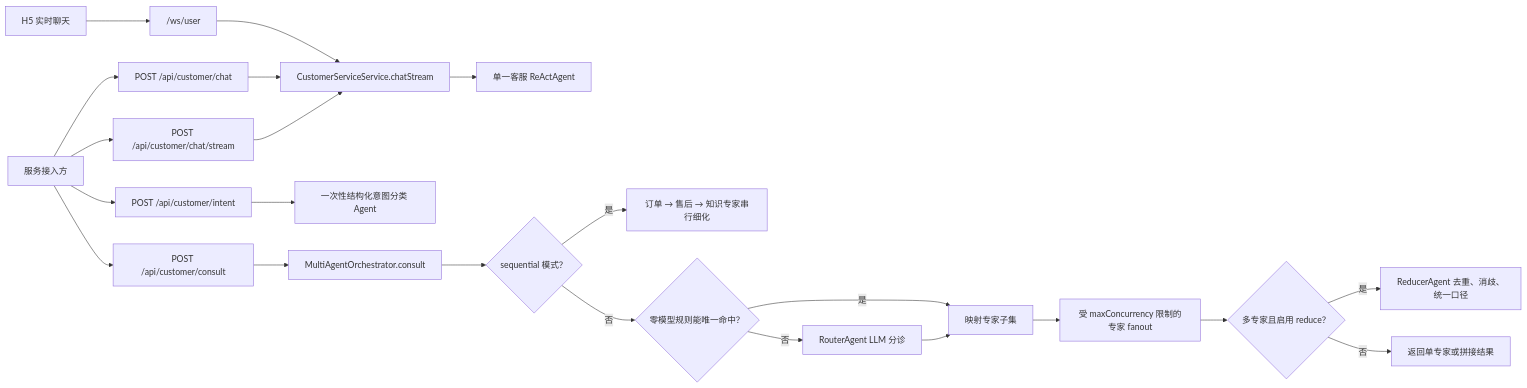
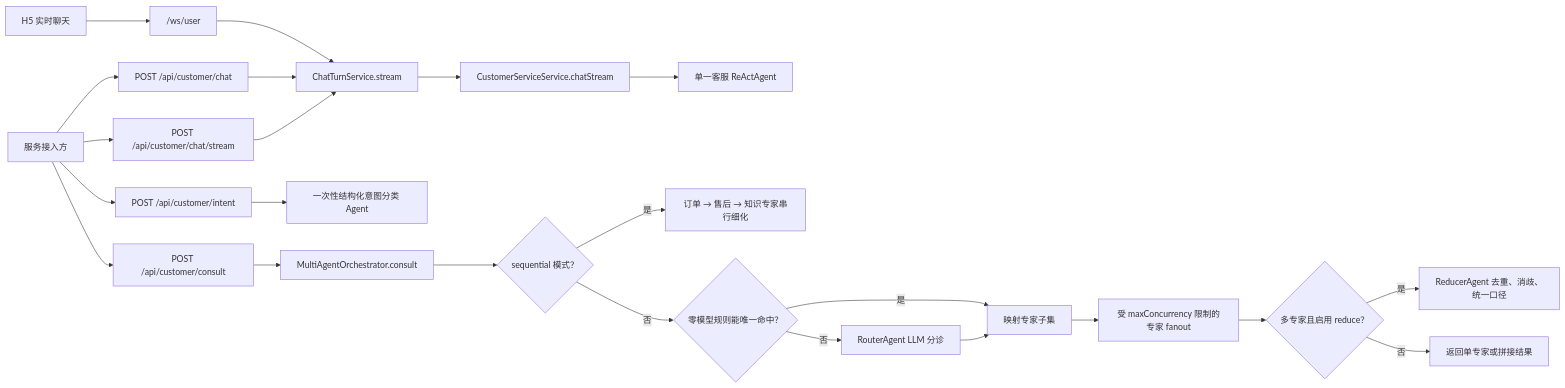
Before and after one commit to liulangjietou/customer_work: the third of 7 diagrams in README.md, drawn with Mermaid. The commit also changed other lines of this file and 2 other files, not shown here.

Commit message:
docs: 更新项目全景架构图与 README

````diff
--- a/README.md
+++ b/README.md
@@ -198,23 +241,23 @@
 ```mermaid
 flowchart LR
-    H5["H5 实时聊天"] --> WS["/ws/user"] --> MAIN["CustomerServiceService.chatStream"] --> SINGLE["单一客服 ReActAgent"]
+    H5["H5 实时聊天"] --> WS["/ws/user"] --> TURN["ChatTurnService.stream"] --> MAIN["CustomerServiceService.chatStream"] --> SINGLE["单一客服 ReActAgent"]
 
     CALLER["服务接入方"] --> CHAT["POST /api/customer/chat"]
     CALLER --> SSE["POST /api/customer/chat/stream"]
     CALLER --> INTENT["POST /api/customer/intent"]
     CALLER --> CONSULT["POST /api/customer/consult"]
-    CHAT --> MAIN
-    SSE --> MAIN
+    CHAT --> TURN
+    SSE --> TURN
     INTENT --> CLASSIFIER["一次性结构化意图分类 Agent"]
 
     CONSULT --> MAS["MultiAgentOrchestrator.consult"]
     MAS --> MODE{"sequential 模式？"}
     MODE -->|是| SEQ["订单 → 售后 → 知识专家串行细化"]
     MODE -->|否| FAST{"零模型规则能唯一命中？"}
     FAST -->|是| EXPERTS["映射专家子集"]
     FAST -->|否| ROUTER["RouterAgent LLM 分诊"] --> EXPERTS
     EXPERTS --> FANOUT["受 maxConcurrency 限制的专家 fanout"]
     FANOUT --> REDUCE{"多专家且启用 reduce？"}
     REDUCE -->|是| REDUCER["ReducerAgent 去重、消歧、统一口径"]
     REDUCE -->|否| JOIN["返回单专家或拼接结果"]
 ```
````
